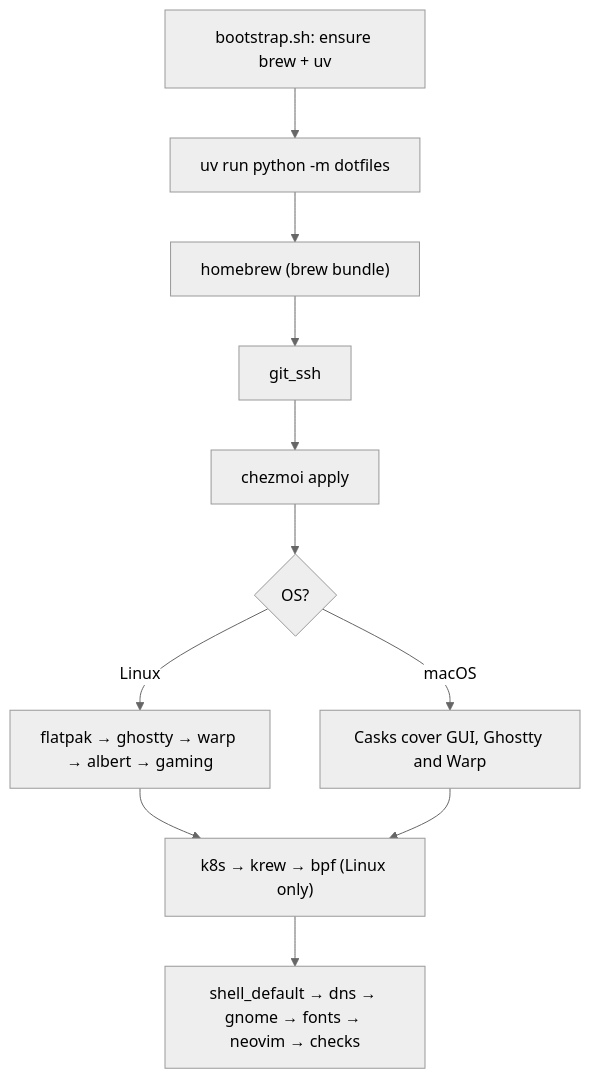
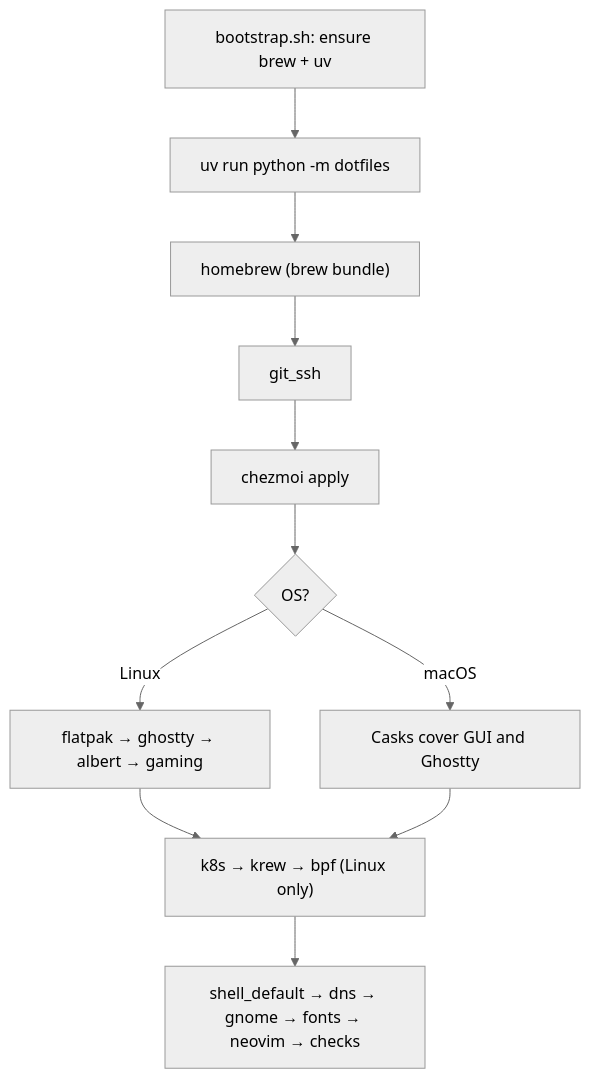
One commit to bourbonfgiles/dotfiles changed the diagram in readme.md. Above: the diagram before and after it, drawn with Mermaid (neutral theme). The commit also changed other lines of this file and 8 other files, not shown here.

````diff
--- a/readme.md
+++ b/readme.md
@@ -44,11 +43,11 @@
 ```mermaid
 flowchart TD
   S[bootstrap.sh: ensure brew + uv] --> M[uv run python -m dotfiles]
   M --> H["homebrew (brew bundle)"] --> G[git_ssh] --> C[chezmoi apply]
   C --> D{OS?}
-  D -->|Linux| E[flatpak → ghostty → warp → albert → gaming]
-  D -->|macOS| X[Casks cover GUI, Ghostty and Warp]
+  D -->|Linux| E[flatpak → ghostty → albert → gaming]
+  D -->|macOS| X[Casks cover GUI and Ghostty]
   E --> K["k8s → krew → bpf (Linux only)"]
   X --> K
   K --> Z[shell_default → dns → gnome → fonts → neovim → checks]
 ```
````
